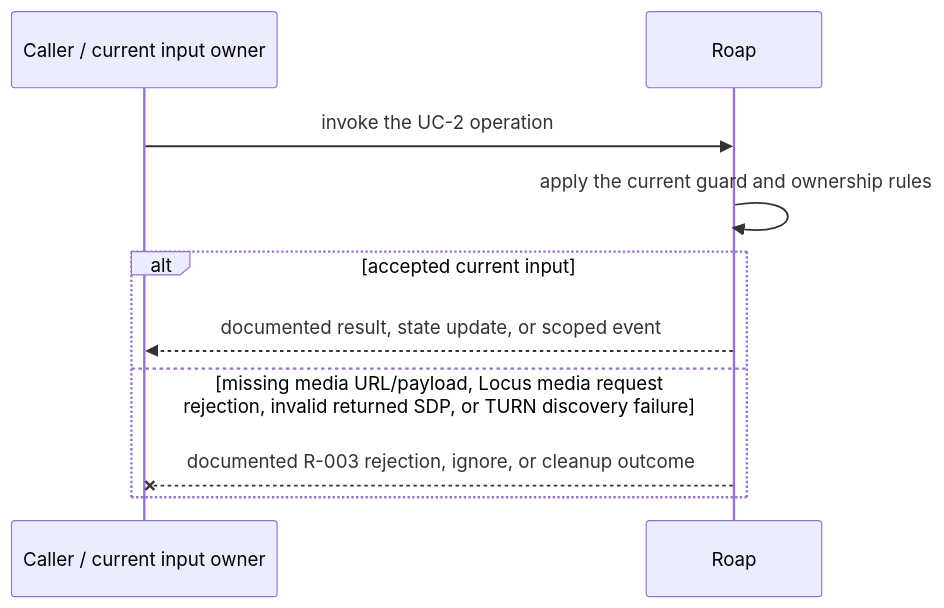
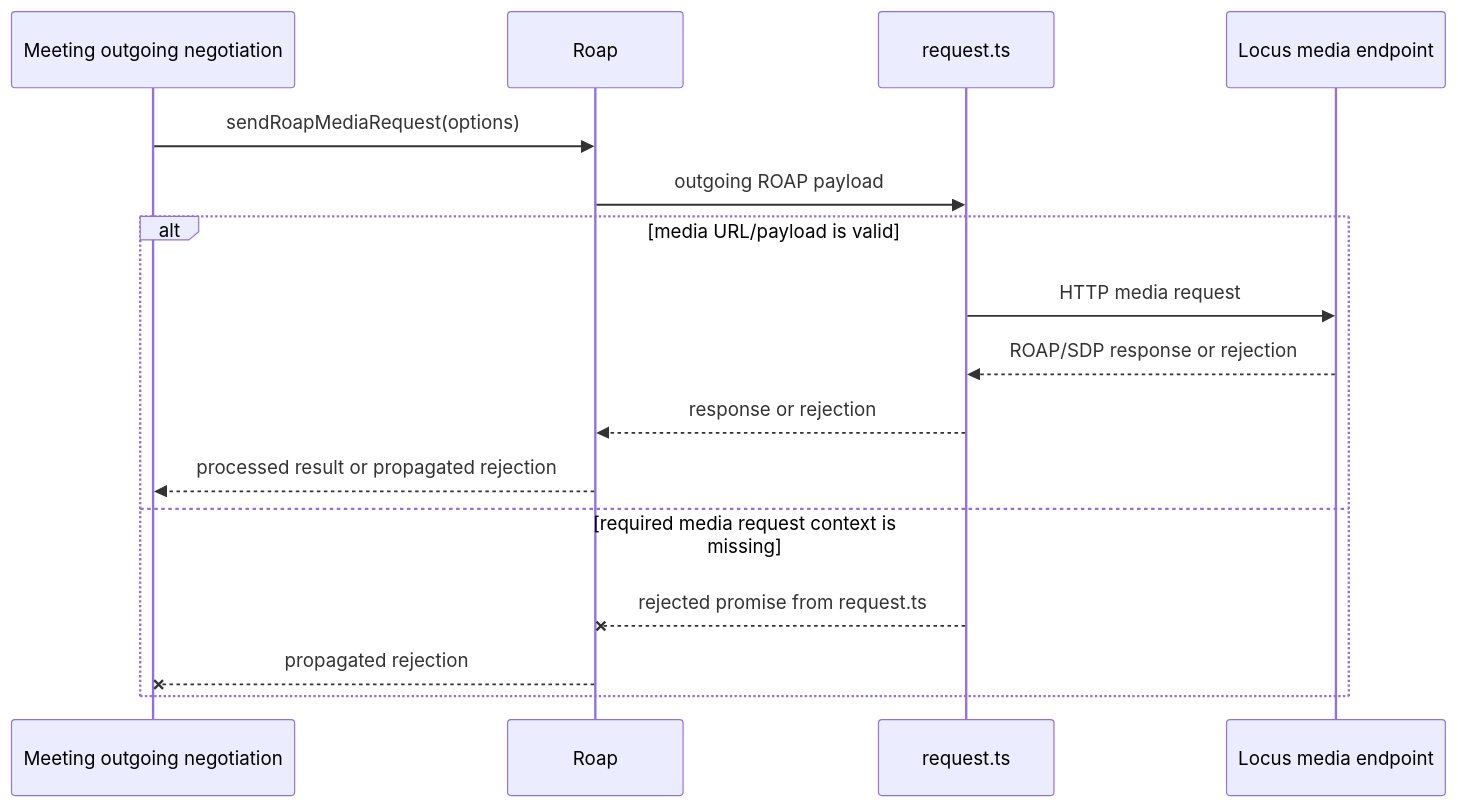
Before and after one commit to webex/webex-js-sdk: the third of 4 diagrams in packages/@webex/plugin-meetings/src/roap/ai-docs/roap-spec.md, drawn with Mermaid. The commit also changed other lines of this file and 24 other files, not shown here.

````diff
--- a/packages/@webex/plugin-meetings/src/roap/ai-docs/roap-spec.md
+++ b/packages/@webex/plugin-meetings/src/roap/ai-docs/roap-spec.md
@@ -142,12 +144,18 @@
 ```mermaid
 sequenceDiagram
-  participant C as Caller / current input owner
-  participant M as Roap
-  C->>M: invoke the UC-2 operation
-  M->>M: apply the current guard and ownership rules
-  alt accepted current input
-    M-->>C: documented result, state update, or scoped event
-  else missing media URL/payload, Locus media request rejection, invalid returned SDP, or TURN discovery failure
-    M--xC: documented R-003 rejection, ignore, or cleanup outcome
+  participant M as Meeting outgoing negotiation
+  participant R as Roap
+  participant Q as request.ts
+  participant L as Locus media endpoint
+  M->>R: sendRoapMediaRequest(options)
+  R->>Q: outgoing ROAP payload
+  alt media URL/payload is valid
+    Q->>L: HTTP media request
+    L-->>Q: ROAP/SDP response or rejection
+    Q-->>R: response or rejection
+    R-->>M: processed result or propagated rejection
+  else required media request context is missing
+    Q--xR: rejected promise from request.ts
+    R--xM: propagated rejection
   end
 ```
````
